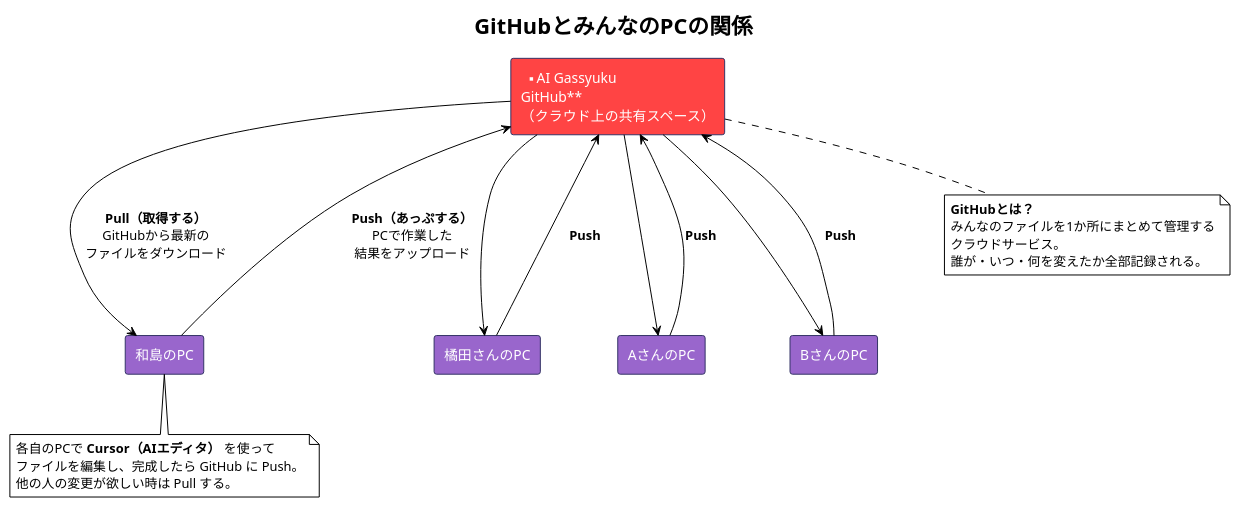
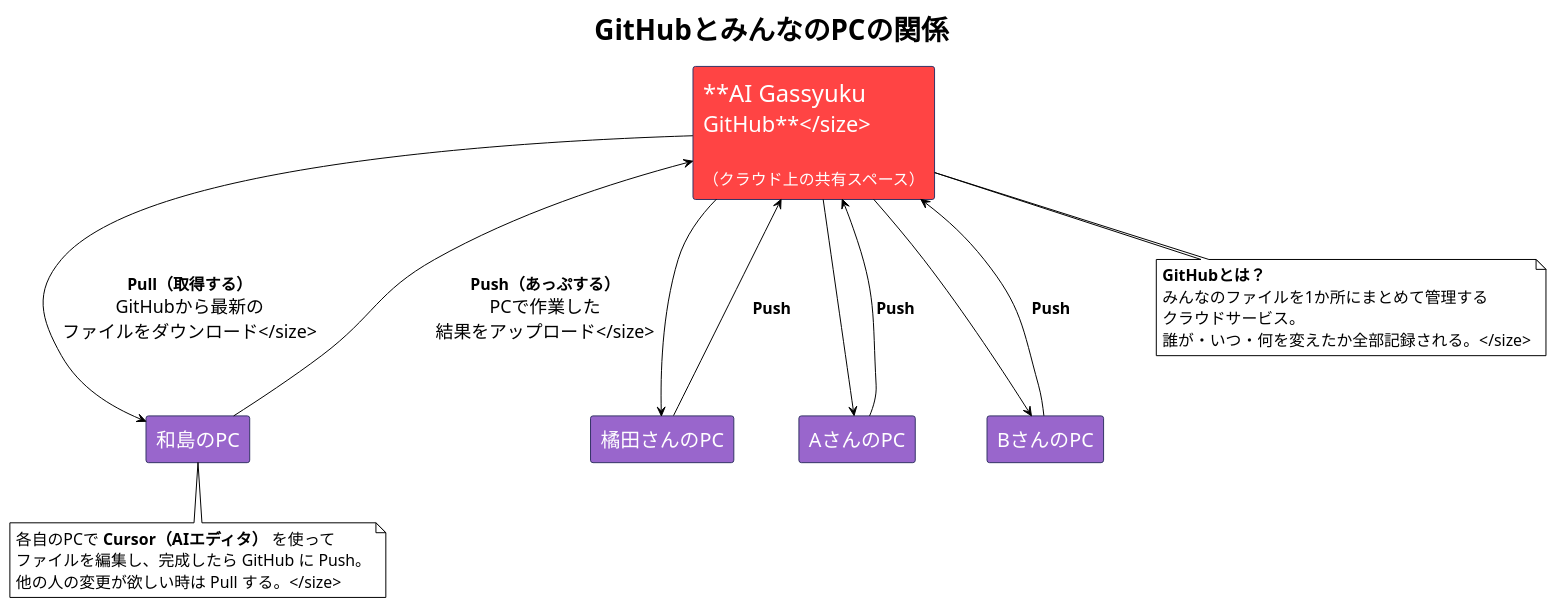
The third of 7 diagrams in AI合宿v2/Readme.md (sento-group/AIgassyuku), drawn with PlantUML before and after one commit. The commit also changed 6 other files, not shown here.

````diff
--- a/AI合宿v2/Readme.md
+++ b/AI合宿v2/Readme.md
@@ -324,44 +324,48 @@
 ```plantuml
 @startuml GitHub全体像
 !theme plain
 skinparam backgroundColor #FFFFFF
 skinparam defaultFontName "Hiragino Sans"
+skinparam defaultFontSize 18
 skinparam rectangleBorderColor #333366
-skinparam rectangleFontSize 14
+skinparam rectangleFontSize 22
+skinparam arrowFontSize 18
+skinparam noteFontSize 16
+skinparam titleFontSize 28
 
 title GitHubとみんなのPCの関係
 
-rectangle "**AI Gassyuku\nGitHub**\n（クラウド上の共有スペース）" as github #FF4444;text:white
+rectangle "<size:24>**AI Gassyuku\nGitHub**</size>\n\n<size:16>（クラウド上の共有スペース）</size>" as github #FF4444;text:white
 
-rectangle "和島のPC" as wajima #9966CC;text:white
-rectangle "橘田さんのPC" as kitsuda #9966CC;text:white
-rectangle "AさんのPC" as personA #9966CC;text:white
-rectangle "BさんのPC" as personB #9966CC;text:white
+rectangle "<size:20>和島のPC</size>" as wajima #9966CC;text:white
+rectangle "<size:20>橘田さんのPC</size>" as kitsuda #9966CC;text:white
+rectangle "<size:20>AさんのPC</size>" as personA #9966CC;text:white
+rectangle "<size:20>BさんのPC</size>" as personB #9966CC;text:white
 
-github -down--> wajima : **Pull（取得する）**\nGitHubから最新の\nファイルをダウンロード
-wajima -up--> github : **Push（あっぷする）**\nPCで作業した\n結果をアップロード
+github -down--> wajima : <size:16>**Pull（取得する）**\nGitHubから最新の\nファイルをダウンロード</size>
+wajima -up--> github : <size:16>**Push（あっぷする）**\nPCで作業した\n結果をアップロード</size>
 
 github -down--> kitsuda
-kitsuda -up--> github : **Push**
+kitsuda -up--> github : <size:16>**Push**</size>
 
 github -down--> personA
-personA -up--> github : **Push**
+personA -up--> github : <size:16>**Push**</size>
 
 github -down--> personB
-personB -up--> github : **Push**
+personB -up--> github : <size:16>**Push**</size>
 
 note bottom of github
-  **GitHubとは？**
+  <size:16>**GitHubとは？**
   みんなのファイルを1か所にまとめて管理する
   クラウドサービス。
-  誰が・いつ・何を変えたか全部記録される。
+  誰が・いつ・何を変えたか全部記録される。</size>
 end note
 
 note bottom of wajima
-  各自のPCで **Cursor（AIエディタ）** を使って
+  <size:16>各自のPCで **Cursor（AIエディタ）** を使って
   ファイルを編集し、完成したら GitHub に Push。
-  他の人の変更が欲しい時は Pull する。
+  他の人の変更が欲しい時は Pull する。</size>
 end note
 
 @enduml
 ```
````
